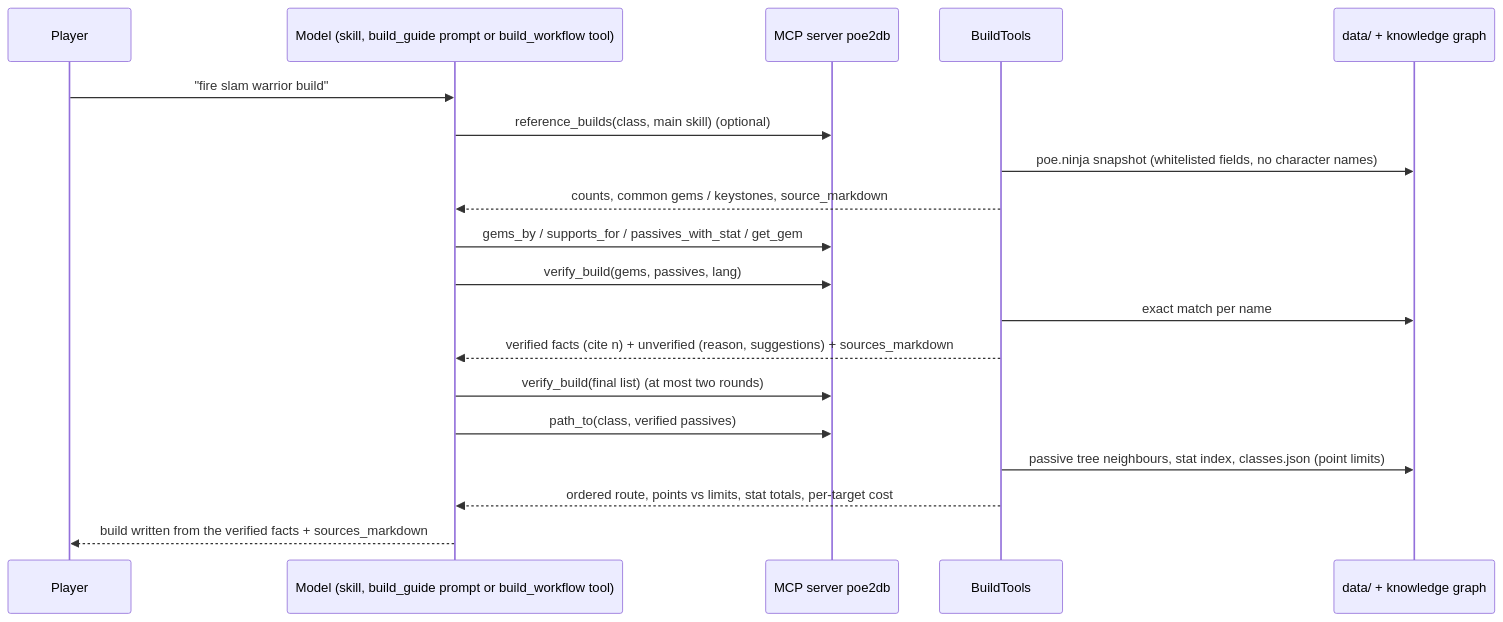
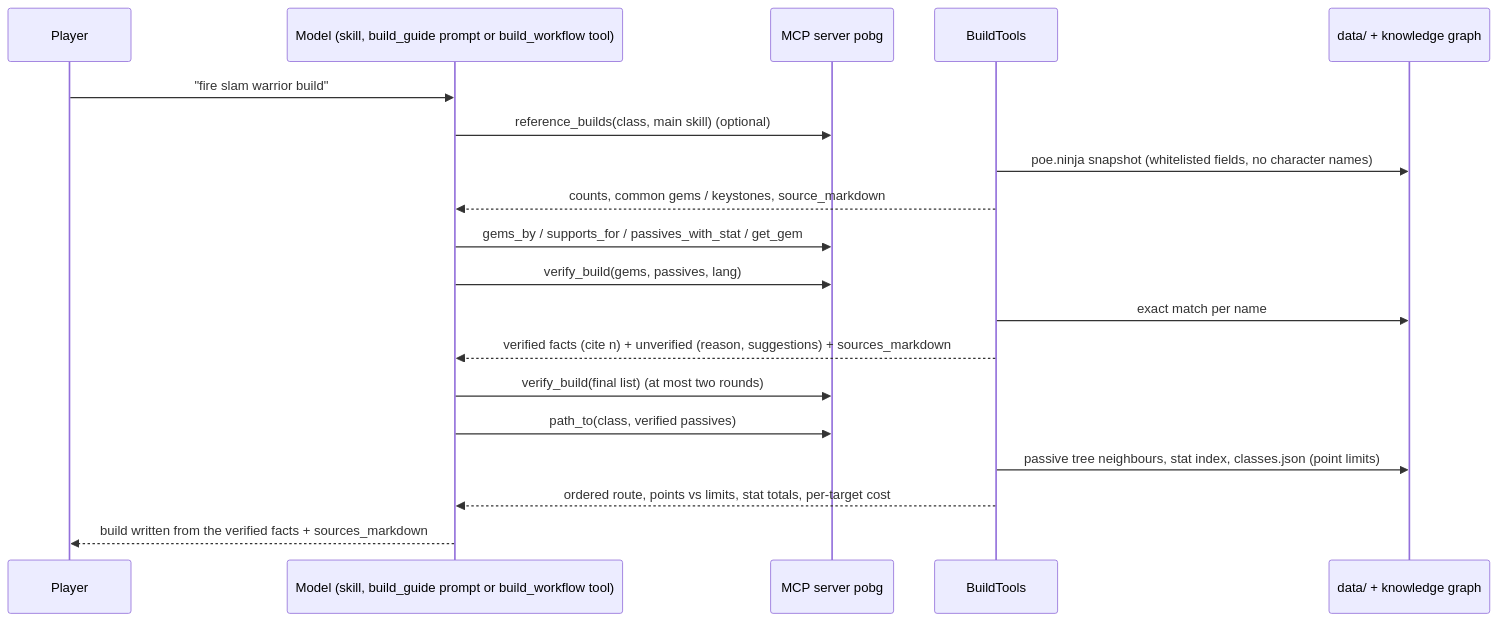
One commit to GGaryyy/POBG changed the fourth of 6 diagrams in docs/flow/system_flow.md. Above: the diagram before and after it, drawn with Mermaid. The commit also changed other lines of this file and 36 other files, not shown here.

````diff
--- a/docs/flow/system_flow.md
+++ b/docs/flow/system_flow.md
@@ -148,21 +148,21 @@
 ```mermaid
 sequenceDiagram
     participant U as Player
     participant AI as Model (skill, build_guide prompt or build_workflow tool)
-    participant M as MCP server poe2db
+    participant M as MCP server pobg
     participant B as BuildTools
     participant D as data/ + knowledge graph
     U->>AI: "fire slam warrior build"
     AI->>M: reference_builds(class, main skill)   (optional)
     B->>D: poe.ninja snapshot (whitelisted fields, no character names)
     B-->>AI: counts, common gems / keystones, source_markdown
     AI->>M: gems_by / supports_for / passives_with_stat / get_gem
     AI->>M: verify_build(gems, passives, lang)
     B->>D: exact match per name
     B-->>AI: verified facts (cite n) + unverified (reason, suggestions) + sources_markdown
     AI->>M: verify_build(final list)   (at most two rounds)
     AI->>M: path_to(class, verified passives)
     B->>D: passive tree neighbours, stat index, classes.json (point limits)
     B-->>AI: ordered route, points vs limits, stat totals, per-target cost
     AI-->>U: build written from the verified facts + sources_markdown
 ```
````
